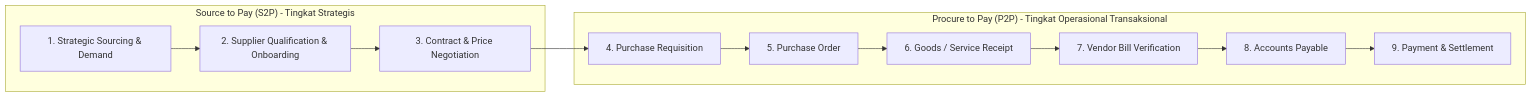
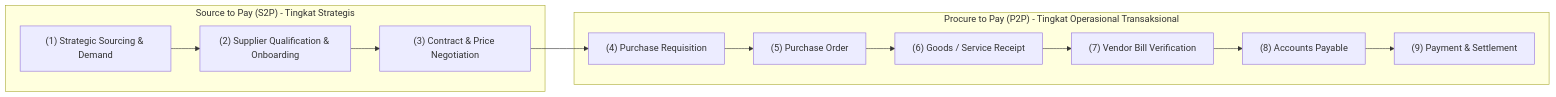
Before and after one commit to alimurrofid/erp-notes: the first of 2 diagrams in content/04-purchasing/purchasing-fundamentals.md, drawn with Mermaid. The commit also changed other lines of this file and 132 other files, not shown here.

````diff
--- a/content/04-purchasing/purchasing-fundamentals.md
+++ b/content/04-purchasing/purchasing-fundamentals.md
@@ -46,19 +46,19 @@
 ```mermaid
 flowchart LR
     subgraph S2P["Source to Pay (S2P) - Tingkat Strategis"]
-        Need["1. Strategic Sourcing & Demand"]
-        --> Supp["2. Supplier Qualification & Onboarding"]
-        --> Cont["3. Contract & Price Negotiation"]
+        Need["(1) Strategic Sourcing & Demand"]
+        --> Supp["(2) Supplier Qualification & Onboarding"]
+        --> Cont["(3) Contract & Price Negotiation"]
     end
 
     subgraph P2P["Procure to Pay (P2P) - Tingkat Operasional Transaksional"]
-        PR["4. Purchase Requisition"]
-        --> PO["5. Purchase Order"]
-        --> GR["6. Goods / Service Receipt"]
-        --> VB["7. Vendor Bill Verification"]
-        --> AP["8. Accounts Payable"]
-        --> Pay["9. Payment & Settlement"]
+        PR["(4) Purchase Requisition"]
+        --> PO["(5) Purchase Order"]
+        --> GR["(6) Goods / Service Receipt"]
+        --> VB["(7) Vendor Bill Verification"]
+        --> AP["(8) Accounts Payable"]
+        --> Pay["(9) Payment & Settlement"]
     end
 
     Cont --> PR
 ```
````
